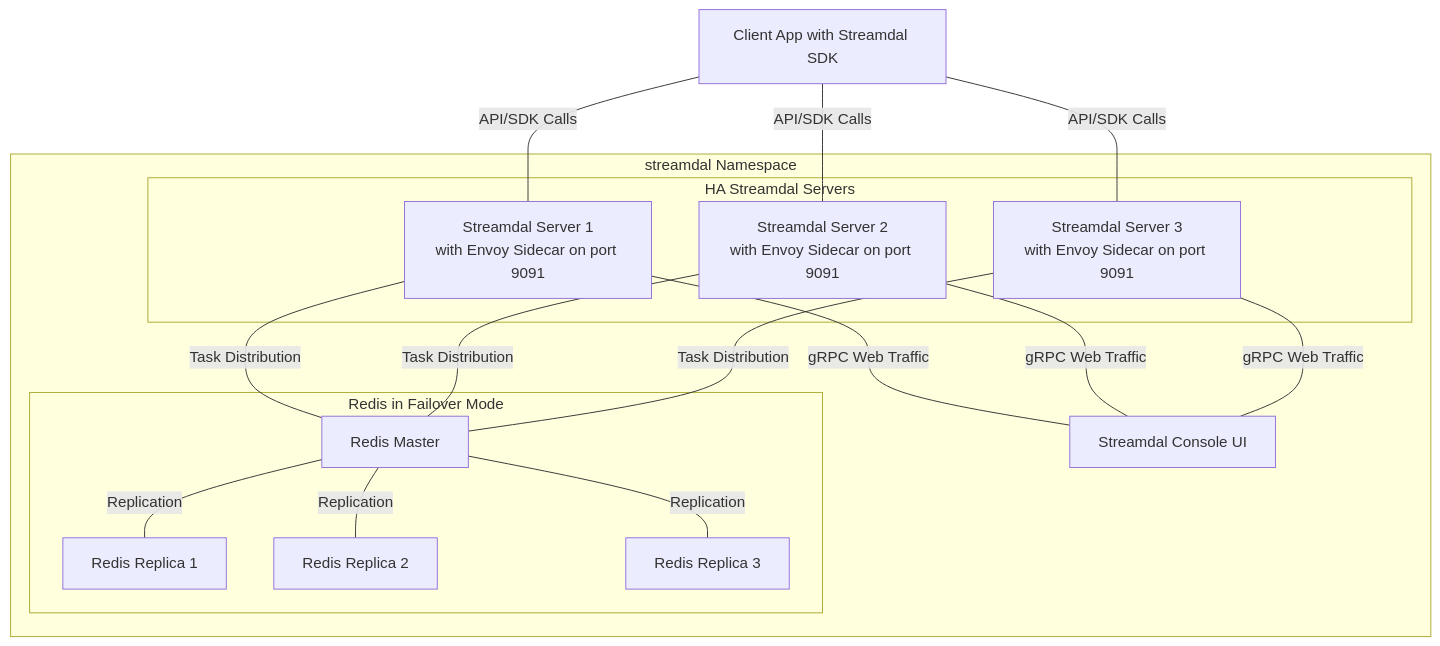
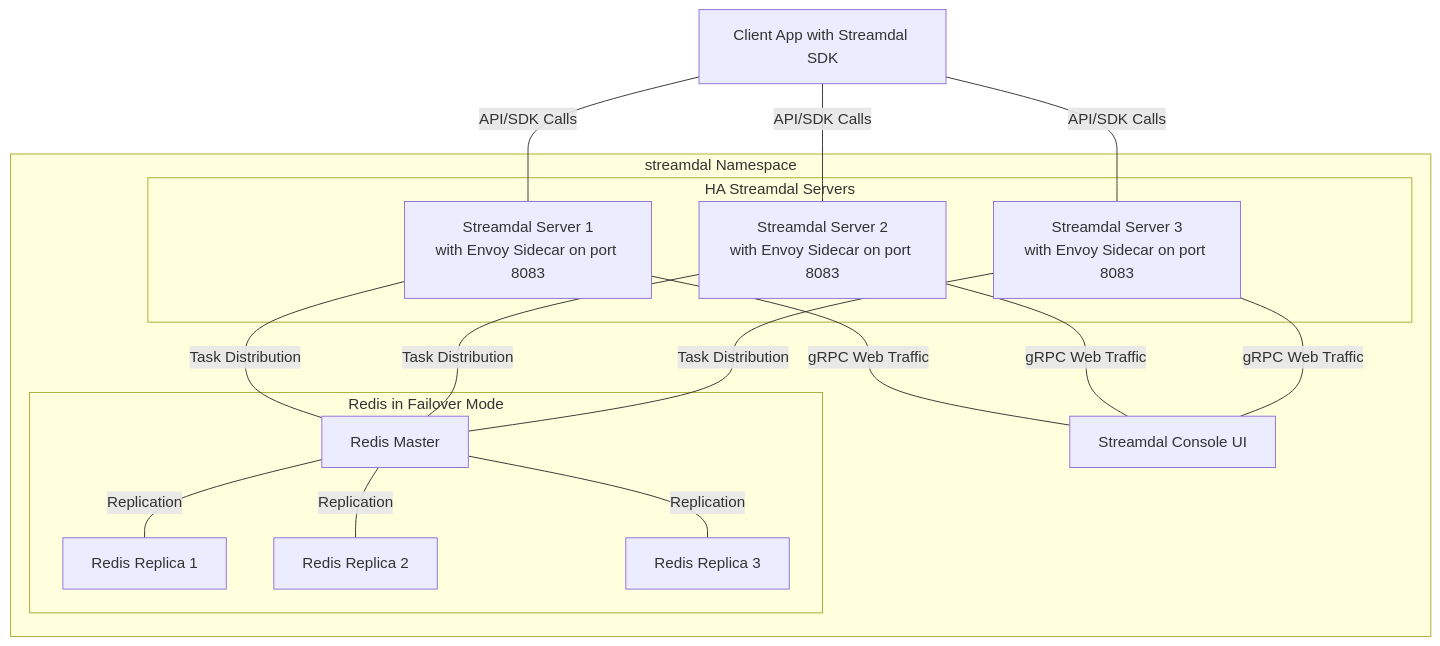
One commit to streamdal/streamdal changed the diagram in install/helm/README.MD. Above: the diagram before and after it, drawn with Mermaid. The commit also changed other lines of this file and 2 other files, not shown here.

Commit message:
update helm diagram

````diff
--- a/install/helm/README.MD
+++ b/install/helm/README.MD
@@ -118,39 +118,39 @@
 ```mermaid 
 graph TB
 
     subgraph Streamdal Cluster [streamdal Namespace]
         subgraph Streamdal Servers [HA Streamdal Servers]
-            server1[Streamdal Server 1<br>with Envoy Sidecar on port 9091]
-            server2[Streamdal Server 2<br>with Envoy Sidecar on port 9091]
-            server3[Streamdal Server 3<br>with Envoy Sidecar on port 9091]
+            server1[Streamdal Server 1<br>with Envoy Sidecar on port 8083]
+            server2[Streamdal Server 2<br>with Envoy Sidecar on port 8083]
+            server3[Streamdal Server 3<br>with Envoy Sidecar on port 8083]
         end
         
         subgraph Redis Cluster [Redis in Failover Mode]
             master[Redis Master]
             replica1[Redis Replica 1]
             replica2[Redis Replica 2]
             replica3[Redis Replica 3]
         end
         
         console[Streamdal Console UI<br>]
         
         server1 ---|gRPC Web Traffic| console
         server2 ---|gRPC Web Traffic| console
         server3 ---|gRPC Web Traffic| console
         
         server1 ---|Task Distribution| master
         server2 ---|Task Distribution| master
         server3 ---|Task Distribution| master
         
         master ---|Replication| replica1
         master ---|Replication| replica2
         master ---|Replication| replica3
         
     end
     
     clientApp[Client App with Streamdal SDK]
     
     clientApp ---|API/SDK Calls| server1
     clientApp ---|API/SDK Calls| server2
     clientApp ---|API/SDK Calls| server3
 ```
````
